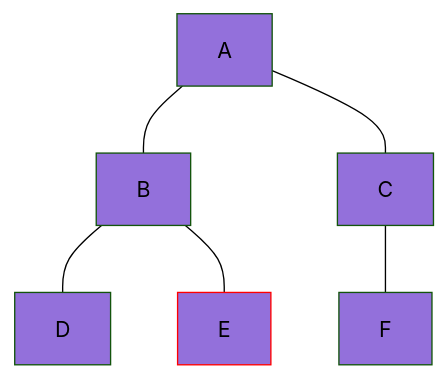
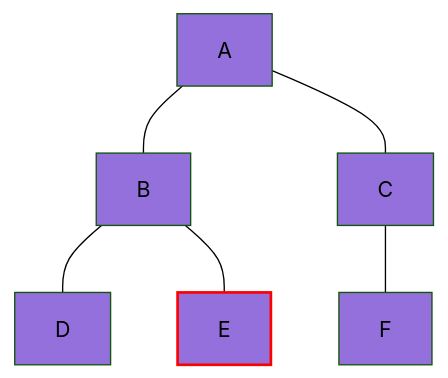
One commit to leessang01/leessang01.github.io changed the seventh of 15 diagrams in _posts/2024-06-02-BFS.md. Above: the diagram before and after it, drawn with Mermaid (forest theme). The commit also changed other lines of this file, not shown here.

````diff
--- a/_posts/2024-06-02-BFS.md
+++ b/_posts/2024-06-02-BFS.md
@@ -213,14 +219,14 @@
 ```mermaid
 graph TD
  A---B;
  A---C;
  B---D;
  B---E;
  C---F;
  style A fill:#9370DB
  style B fill:#9370DB
  style C fill:#9370DB
  style D fill:#9370DB
- style E fill:#9370DB, stroke:red
+ style E fill:#9370DB, stroke:red, stroke-width:2px
  style F fill:#9370DB
 ```
````
